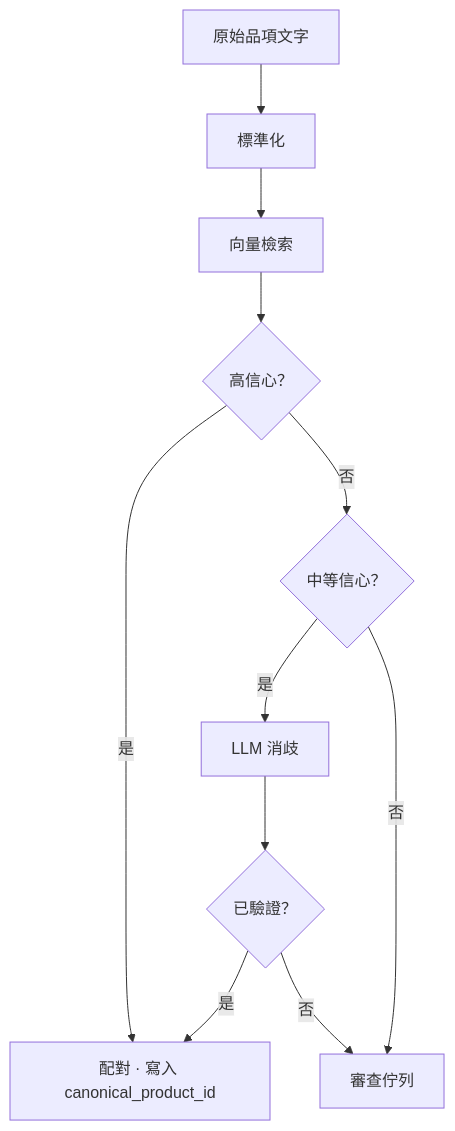
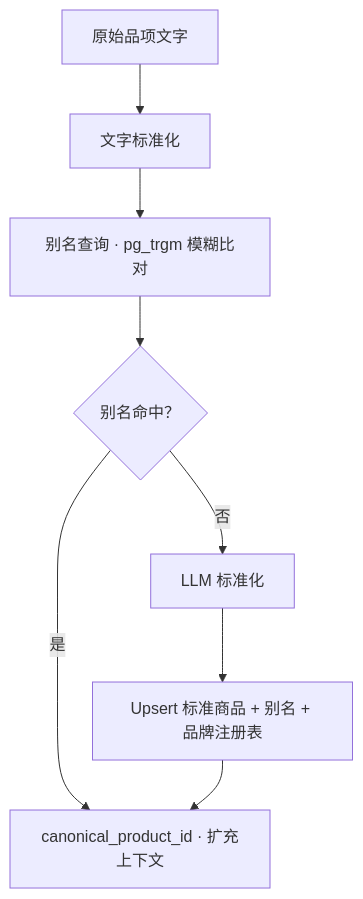
The diagram in content/technical-paper/zh/02-receipt-pipeline/06-canonical.md (Yumo-Yumo-Inc/yumoyumohq), drawn with Mermaid before and after one commit. The commit also changed other lines of this file and 1048 other files, not shown here.

````diff
--- a/content/technical-paper/zh/02-receipt-pipeline/06-canonical.md
+++ b/content/technical-paper/zh/02-receipt-pipeline/06-canonical.md
@@ -18,13 +20,10 @@
 ```mermaid
 flowchart TD
-    A[原始品項文字] --> B[標準化]
-    B --> C[向量檢索]
-    C --> D{高信心？}
-    D -- 是 --> E[配對 · 寫入 canonical_product_id]
-    D -- 否 --> F{中等信心？}
-    F -- 是 --> G[LLM 消歧]
-    F -- 否 --> H[審查佇列]
-    G --> I{已驗證？}
-    I -- 是 --> E
-    I -- 否 --> H
+    A[原始品项文字] --> B[文字标准化]
+    B --> C[别名查询 · pg_trgm 模糊比对]
+    C --> D{别名命中？}
+    D -- 是 --> E[canonical_product_id · 扩充上下文]
+    D -- 否 --> F[LLM 标准化]
+    F --> G[Upsert 标准商品 + 别名 + 品牌注册表]
+    G --> E
 ```
````
